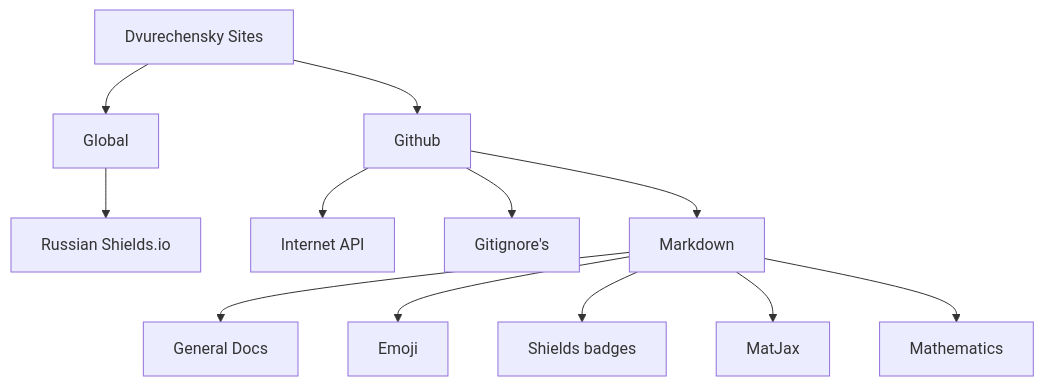
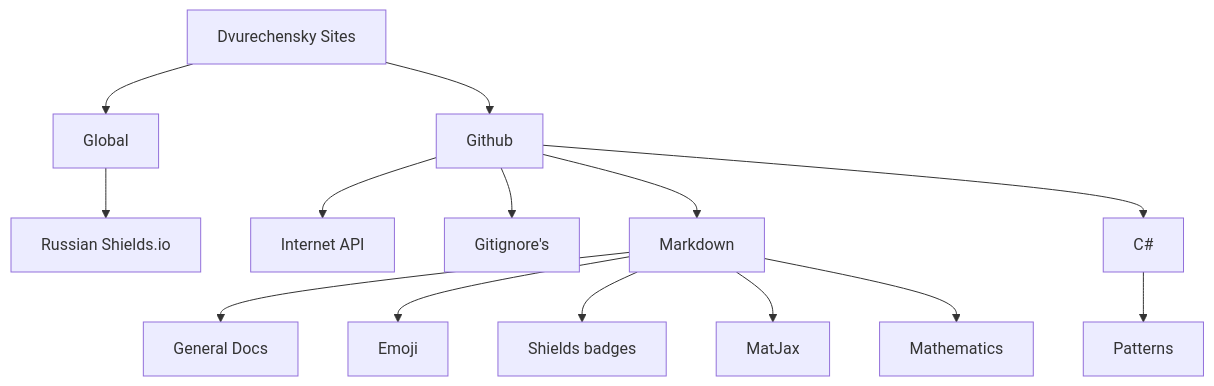
One commit to Dvurechensky/Dvurechensky changed the second of 2 diagrams in README.md. Above: the diagram before and after it, drawn with Mermaid. The commit also changed 1 other file, not shown here.

````diff
--- a/README.md
+++ b/README.md
@@ -70,14 +70,16 @@
 ```mermaid
 graph TD
   A[Dvurechensky Sites] --> B[Global]
   A[Dvurechensky Sites] --> C[Github]
   B --> E[Russian Shields.io]
   C --> M[Internet API]
   C --> G[Gitignore's]
   C --> H[Markdown]
+  C --> N[C#]
+  N --> N1[Patterns]
   H --> K[General Docs]
   H --> L[Emoji]
   H --> Z[Shields badges]
   H --> X[MatJax]
   H --> V[Mathematics]
 ```
````
